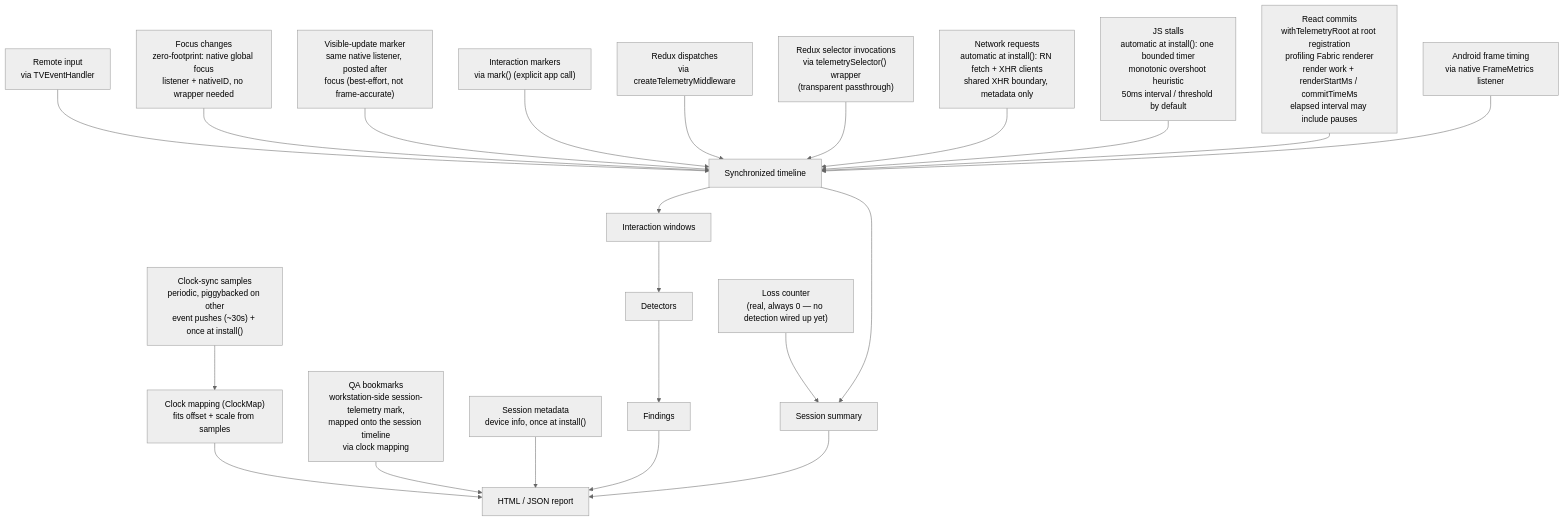
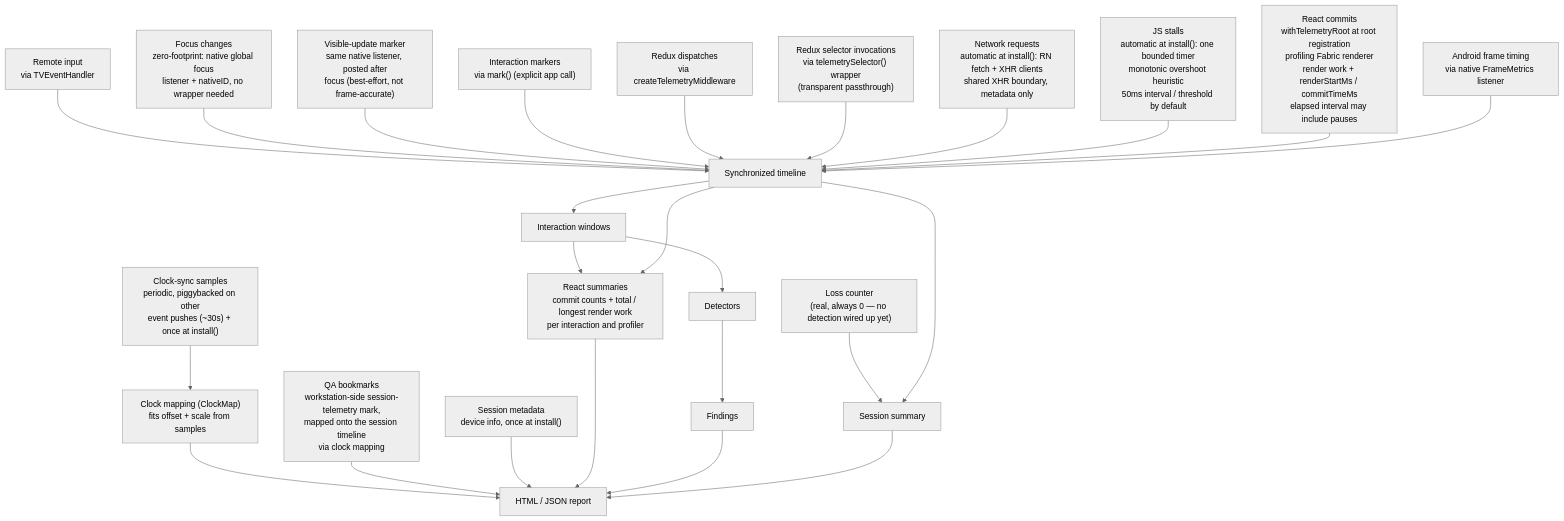
Before and after one commit to undrafted/rn-android-tv-session-telemetry: the diagram in diagrams/signals.mmd, drawn with Mermaid. The commit also changed 8 other files, not shown here.

Commit message:
Add React summaries and clarify finding evidence

```diff
--- a/diagrams/signals.mmd
+++ b/diagrams/signals.mmd
@@ -1,27 +1,30 @@
 %%{init: {"theme": "neutral"}}%%
 %% Full per-signal detail (capture mechanism, which detector consumes it, exact thresholds):
 %% see ../docs/measurement-semantics.md
 flowchart TD
     RemoteInput["Remote input<br/>via TVEventHandler"] --> Timeline["Synchronized timeline"]
     Focus["Focus changes<br/>zero-footprint: native global focus<br/>listener + nativeID, no wrapper needed"] --> Timeline
     VisibleUpdate["Visible-update marker<br/>same native listener, posted after<br/>focus (best-effort, not frame-accurate)"] --> Timeline
     InteractionMarker["Interaction markers<br/>via mark() (explicit app call)"] --> Timeline
     Redux["Redux dispatches<br/>via createTelemetryMiddleware"] --> Timeline
     Selector["Redux selector invocations<br/>via telemetrySelector() wrapper<br/>(transparent passthrough)"] --> Timeline
     Network["Network requests<br/>automatic at install(): RN fetch + XHR clients<br/>shared XHR boundary, metadata only"] --> Timeline
     JSStall["JS stalls<br/>automatic at install(): one bounded timer<br/>monotonic overshoot heuristic<br/>50ms interval / threshold by default"] --> Timeline
     ReactCommit["React commits<br/>withTelemetryRoot at root registration<br/>profiling Fabric renderer<br/>render work + renderStartMs / commitTimeMs<br/>elapsed interval may include pauses"] --> Timeline
     FrameTiming["Android frame timing<br/>via native FrameMetrics listener"] --> Timeline
 
     ClockSync["Clock-sync samples<br/>periodic, piggybacked on other<br/>event pushes (~30s) + once at install()"] --> ClockMapping["Clock mapping (ClockMap)<br/>fits offset + scale from samples"]
     ClockMapping --> ReportOut
     Bookmarks["QA bookmarks<br/>workstation-side session-telemetry mark,<br/>mapped onto the session timeline<br/>via clock mapping"] --> ReportOut
     SessionMeta["Session metadata<br/>device info, once at install()"] --> ReportOut
     LossCount["Loss counter<br/>(real, always 0 — no detection wired up yet)"] --> Summary
 
     Timeline --> Windows["Interaction windows"]
     Timeline --> Summary["Session summary"]
+    Windows --> ReactSummary["React summaries<br/>commit counts + total / longest render work<br/>per interaction and profiler"]
+    Timeline --> ReactSummary
+    ReactSummary --> ReportOut
     Windows --> Detectors["Detectors"]
     Detectors --> Findings["Findings"]
     Findings --> ReportOut["HTML / JSON report"]
     Summary --> ReportOut
```
